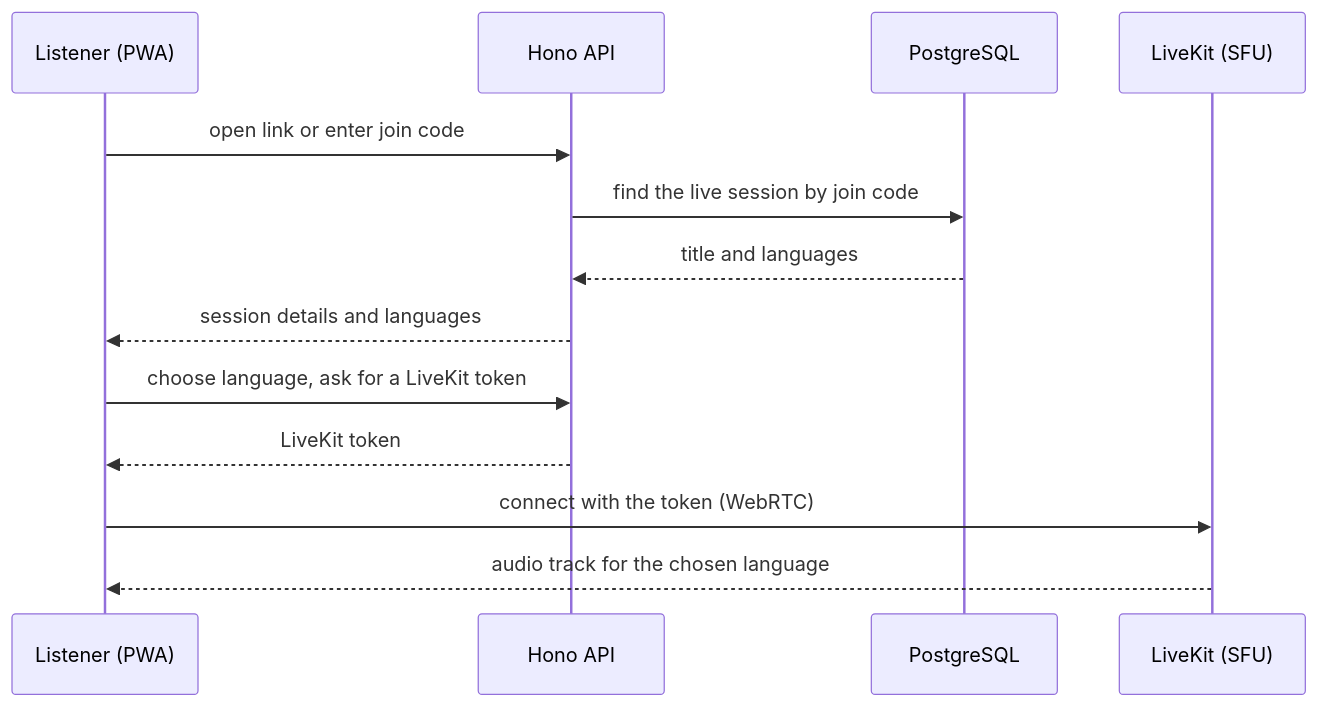
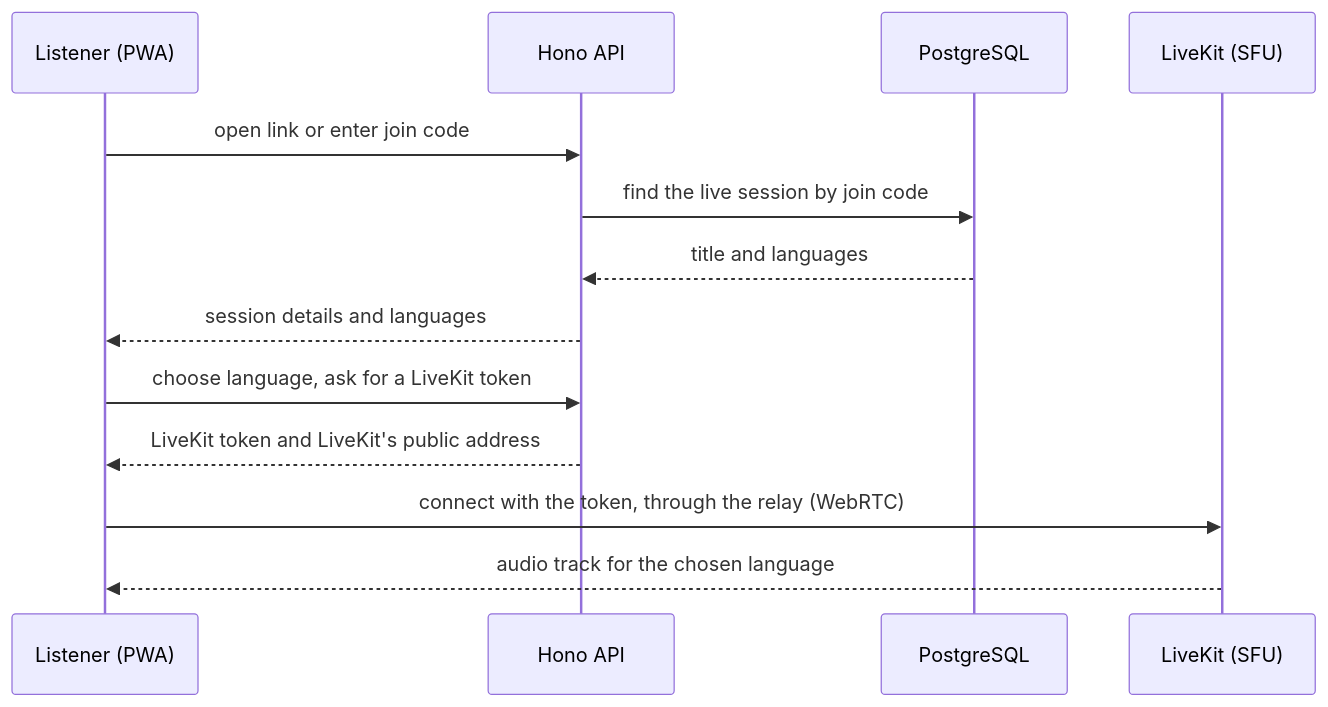
One commit to WH1TE-SHAD0W/ai-dubbing-studio changed the third of 6 diagrams in docs/architecture.md. Above: the diagram before and after it, drawn with Mermaid. The commit also changed other lines of this file and 2 other files, not shown here.

Commit message:
docs: architecture diagrams show the test networking (Cloudflare Tunnel, Hetzner relay, WireGuard)

````diff
--- a/docs/architecture.md
+++ b/docs/architecture.md
@@ -82,15 +82,15 @@
 ```mermaid
 sequenceDiagram
   participant L as Listener (PWA)
   participant A as Hono API
   participant D as PostgreSQL
   participant K as LiveKit (SFU)
   L->>A: open link or enter join code
   A->>D: find the live session by join code
   D-->>A: title and languages
   A-->>L: session details and languages
   L->>A: choose language, ask for a LiveKit token
-  A-->>L: LiveKit token
-  L->>K: connect with the token (WebRTC)
+  A-->>L: LiveKit token and LiveKit's public address
+  L->>K: connect with the token, through the relay (WebRTC)
   K-->>L: audio track for the chosen language
 ```
````
